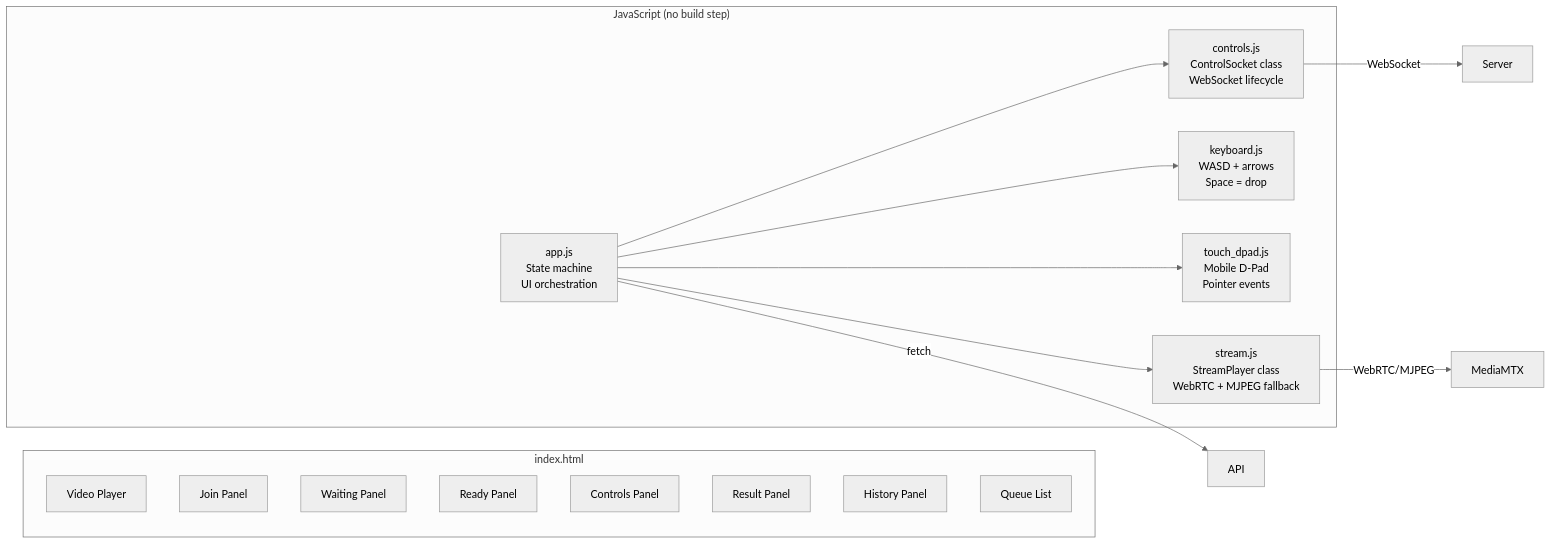
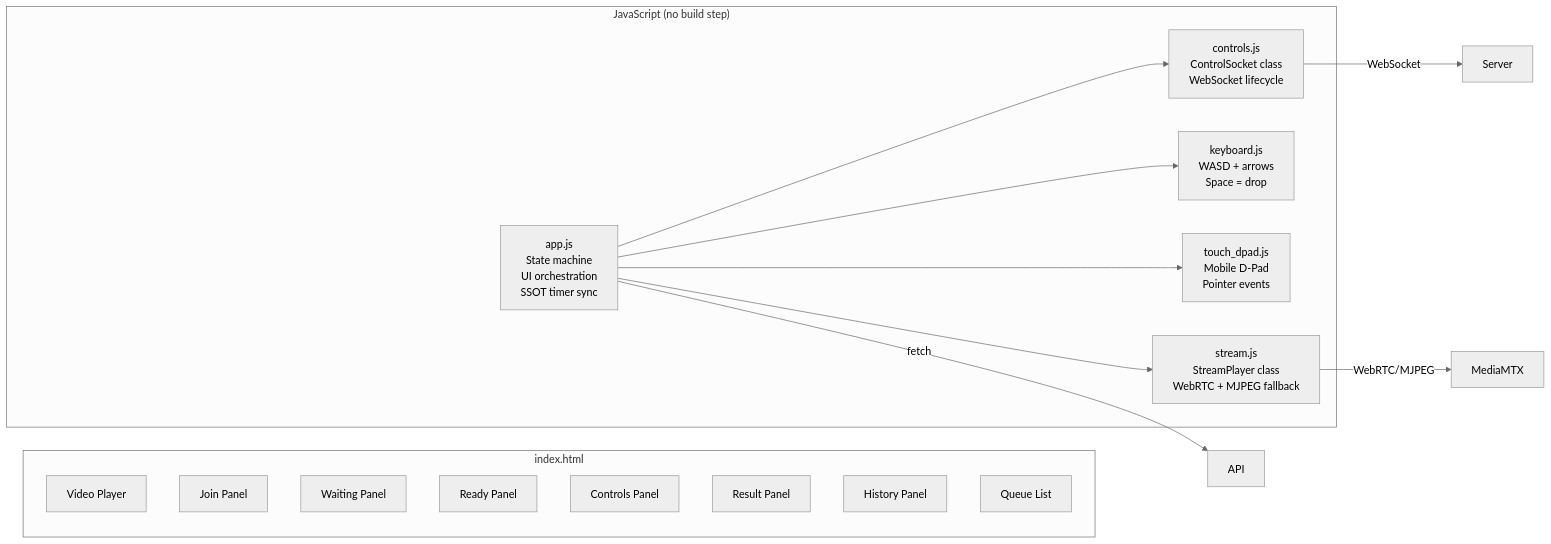
Before and after one commit to morroware/ECLAW: diagram 12 of 12 in docs/queue-flow.md, drawn with Mermaid (neutral theme). The commit also changed other lines of this file and 2 other files, not shown here.

First line of the commit message:
Update all documentation to reflect SSOT implementation

````diff
--- a/docs/queue-flow.md
+++ b/docs/queue-flow.md
@@ -801,29 +843,29 @@
 ```mermaid
 flowchart LR
     subgraph HTML["index.html"]
         VP[Video Player]
         JP[Join Panel]
         WP[Waiting Panel]
         RP[Ready Panel]
         CP[Controls Panel]
         RSP[Result Panel]
         HP[History Panel]
         QL[Queue List]
     end
 
     subgraph JS["JavaScript (no build step)"]
-        APP["app.js<br/>State machine<br/>UI orchestration"]
+        APP["app.js<br/>State machine<br/>UI orchestration<br/>SSOT timer sync"]
         CTRL["controls.js<br/>ControlSocket class<br/>WebSocket lifecycle"]
         KB["keyboard.js<br/>WASD + arrows<br/>Space = drop"]
         TP["touch_dpad.js<br/>Mobile D-Pad<br/>Pointer events"]
         STR["stream.js<br/>StreamPlayer class<br/>WebRTC + MJPEG fallback"]
     end
 
     APP --> CTRL
     APP --> KB
     APP --> TP
     APP --> STR
     CTRL -->|WebSocket| Server
     STR -->|WebRTC/MJPEG| MediaMTX
     APP -->|fetch| API
 ```
````
